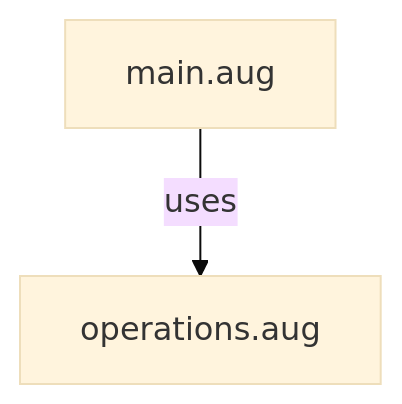
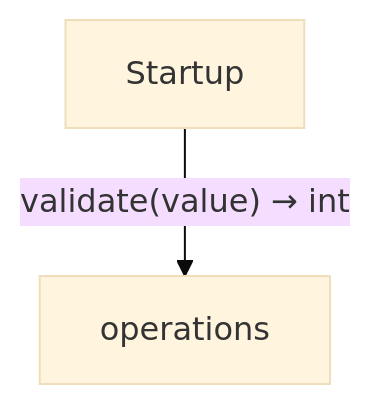
Before and after one commit to GreenPandaStudios/augscript: the diagram in benchmarks/errors/.aug-spec/diagrams/index.md, drawn with Mermaid (base theme). The commit also changed other lines of this file and 524 other files, not shown here.

Commit message:
Explain checked data flow at folder and service levels

````diff
--- a/benchmarks/errors/.aug-spec/diagrams/index.md
+++ b/benchmarks/errors/.aug-spec/diagrams/index.md
@@ -19,6 +9,6 @@
 ```mermaid
 flowchart TD
-    n0["main.aug"]
-    n1["operations.aug"]
-    n0 -->|"uses"| n1
+    n0["Startup"]
+    n1["operations"]
+    n0 -->|"validate(value) → int"| n1
 ```
````
